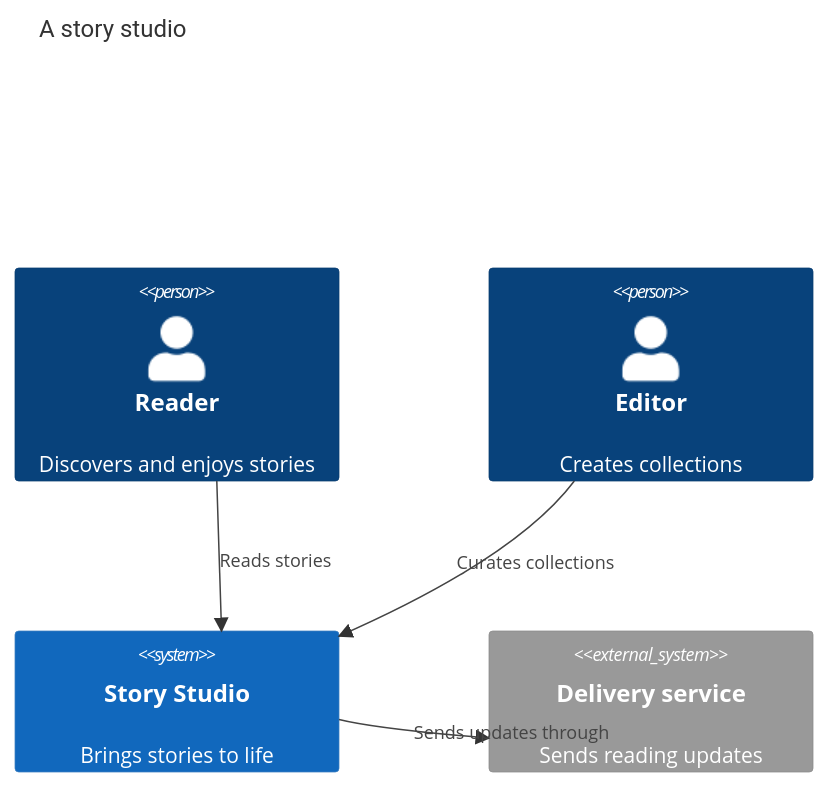
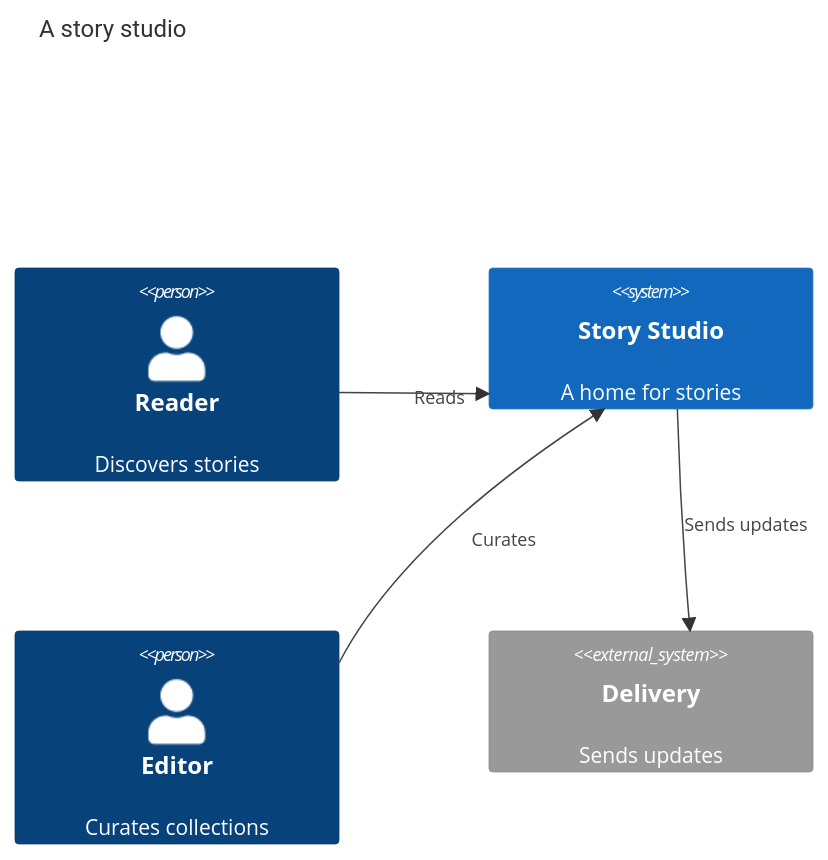
Before and after one commit to ThorFuchs/Swift-Mermaid: the diagram in Examples/MermaidGallery/Sources/GalleryContent/Diagrams/c4.mmd, drawn with Mermaid. The commit also changed 32 other files, not shown here.

Commit message:
Polish diagram gallery and release 0.1.5

```diff
--- a/Examples/MermaidGallery/Sources/GalleryContent/Diagrams/c4.mmd
+++ b/Examples/MermaidGallery/Sources/GalleryContent/Diagrams/c4.mmd
@@ -1,9 +1,10 @@
 C4Context
     title A story studio
-    Person(reader, "Reader", "Discovers and enjoys stories")
-    Person(editor, "Editor", "Creates collections")
-    System(studio, "Story Studio", "Brings stories to life")
-    System_Ext(delivery, "Delivery service", "Sends reading updates")
-    Rel(reader, studio, "Reads stories")
-    Rel(editor, studio, "Curates collections")
-    Rel(studio, delivery, "Sends updates through")
+    Person(reader, "Reader", "Discovers stories")
+    System(studio, "Story Studio", "A home for stories")
+    Person(editor, "Editor", "Curates collections")
+    System_Ext(delivery, "Delivery", "Sends updates")
+    Rel(reader, studio, "Reads")
+    Rel(editor, studio, "Curates")
+    Rel(studio, delivery, "Sends updates")
+    UpdateLayoutConfig($c4ShapeInRow="2", $c4BoundaryInRow="1")
```
